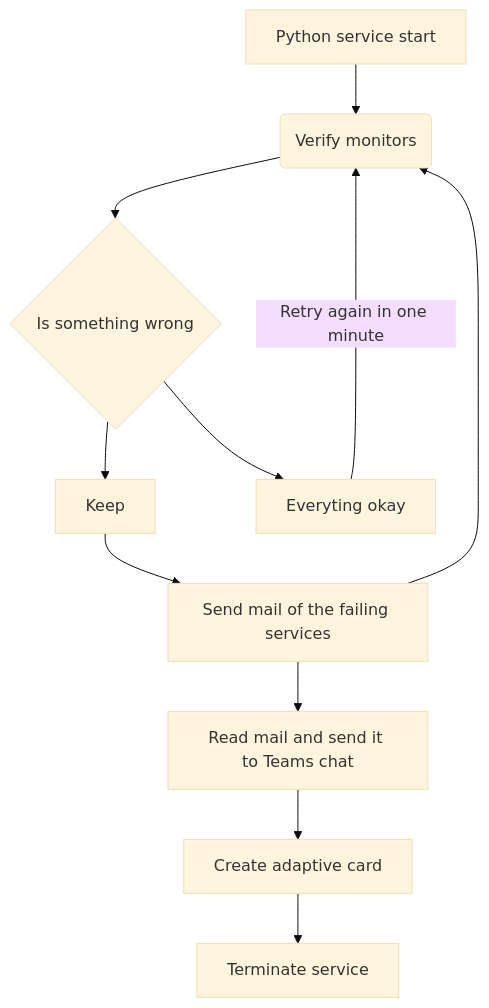
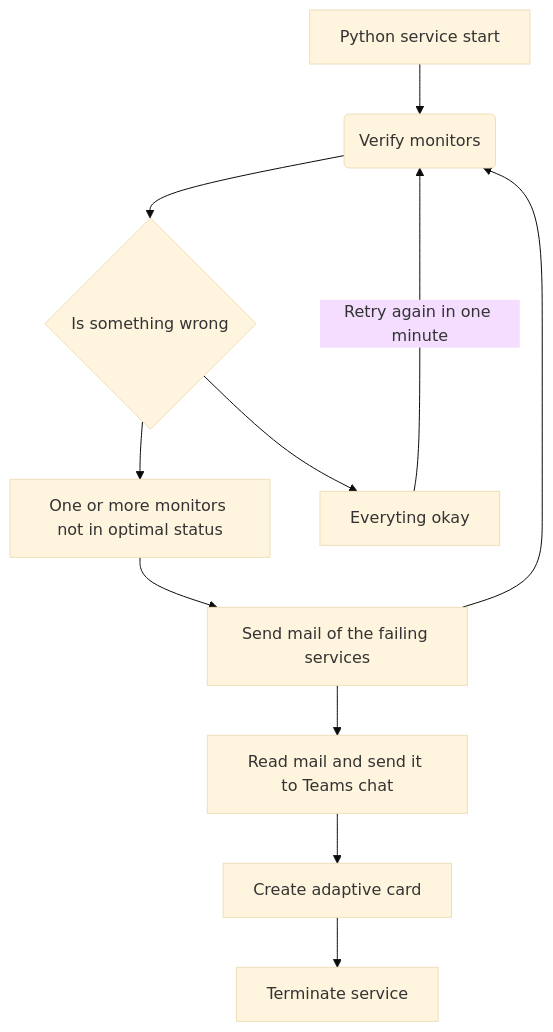
One commit to Facelessdivine/monitors-shared-tech changed the diagram in README.md. Above: the diagram before and after it, drawn with Mermaid (base theme).

````diff
--- a/README.md
+++ b/README.md
@@ -29,24 +29,24 @@
 ```mermaid
 graph  TD
 
 A[Python service start]  -->  B(Verify monitors)
 
 B  -->  C{Is something wrong}
 
-C  -->  D[Keep]
+C  -->  D[One or more monitors not in optimal status]
 
 C  -->  E[Everyting okay]
 
 E  -- Retry again in one minute -->  B
 
 D  -->  F[Send mail of the failing services]
 
 F  -->  B
 
 F  -->  H[Read mail and send it to Teams chat]
 
 H  -->  G[Create adaptive card]
 
 G  -->  I[Terminate service]
 
 ```
````
